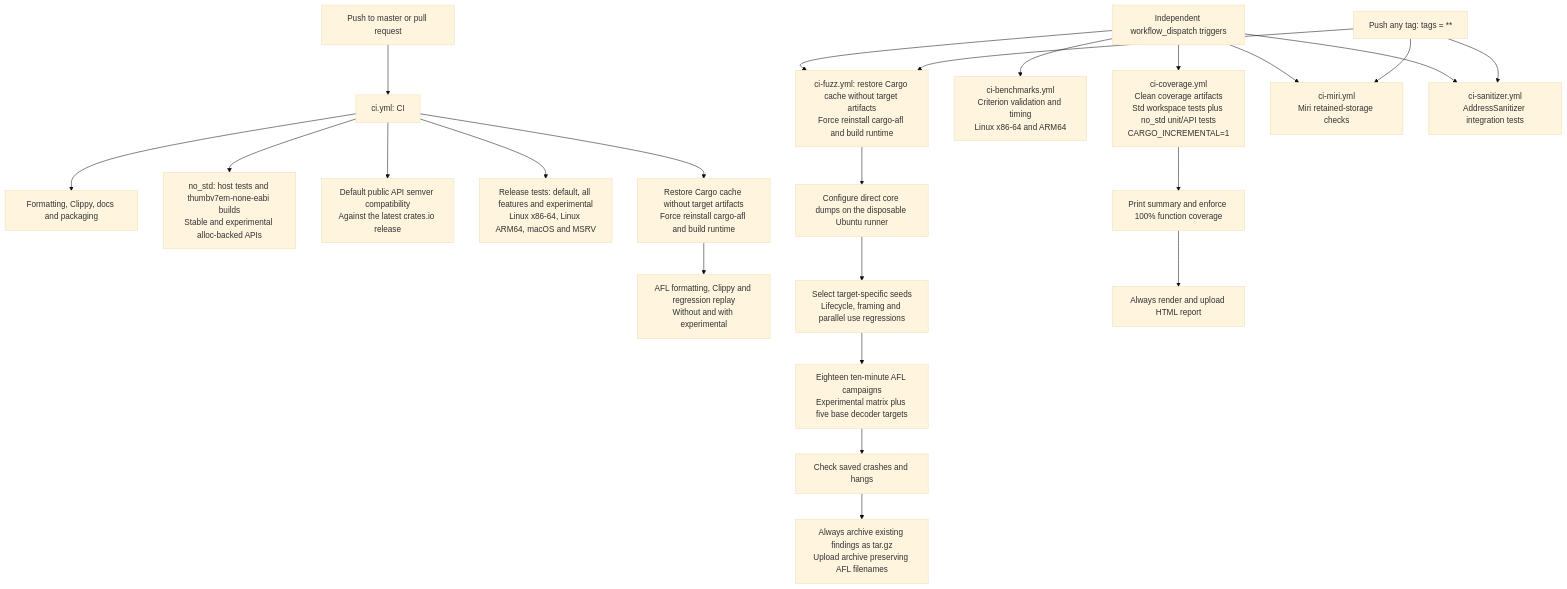
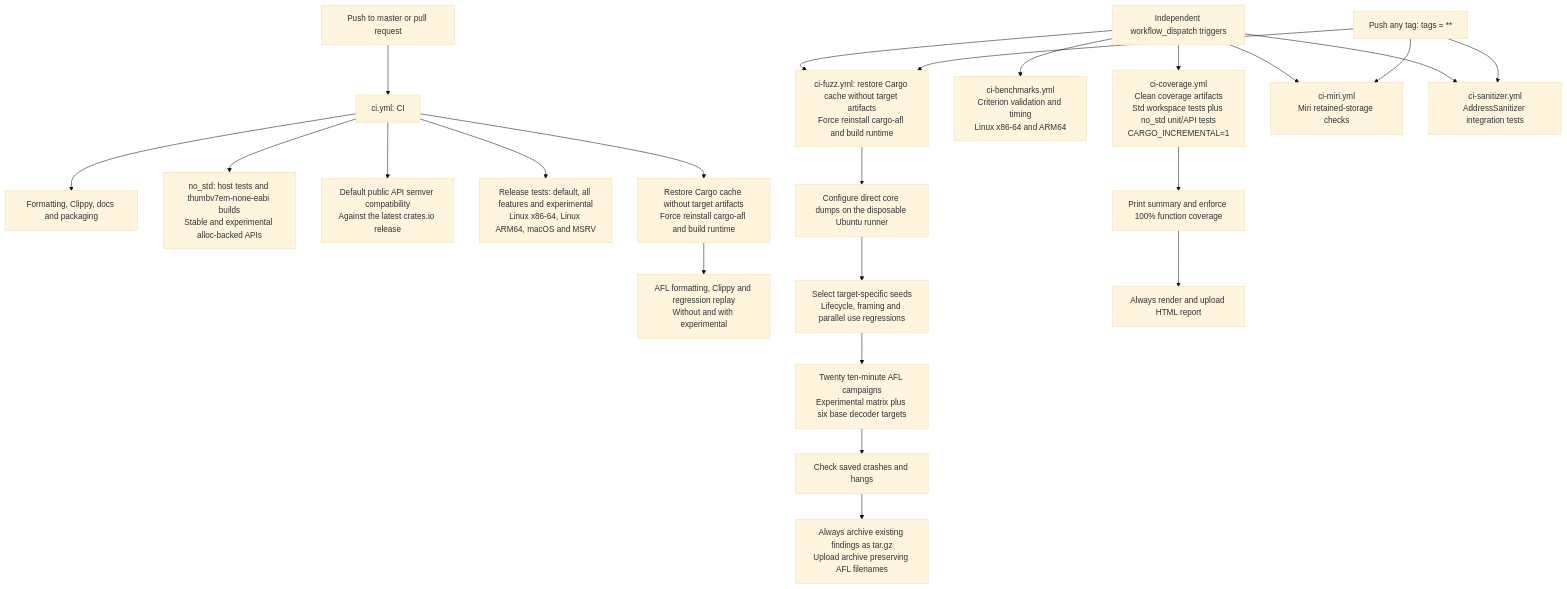
The first of 2 diagrams in architecture/ci.md (Mnwa/mbrotli), drawn with Mermaid (base theme) before and after one commit. The commit also changed other lines of this file and 20 other files, not shown here.

````diff
--- a/architecture/ci.md
+++ b/architecture/ci.md
@@ -16,25 +16,25 @@
 ```mermaid
 flowchart TD
     automatic["Push to master or pull request"] --> fast["ci.yml: CI"]
     fast --> check["Formatting, Clippy, docs and packaging"]
     fast --> nostd["no_std: host tests and thumbv7em-none-eabi builds<br/>Stable and experimental alloc-backed APIs"]
     fast --> semver["Default public API semver compatibility<br/>Against the latest crates.io release"]
     fast --> tests["Release tests: default, all features and experimental<br/>Linux x86-64, Linux ARM64, macOS and MSRV"]
     fast --> replaySetup["Restore Cargo cache without target artifacts<br/>Force reinstall cargo-afl and build runtime"]
     replaySetup --> replay["AFL formatting, Clippy and regression replay<br/>Without and with experimental"]
     manual["Independent workflow_dispatch triggers"] --> fuzzSetup["ci-fuzz.yml: restore Cargo cache without target artifacts<br/>Force reinstall cargo-afl and build runtime"]
     fuzzSetup --> crashSetup["Configure direct core dumps on the disposable Ubuntu runner"]
     crashSetup --> seeds["Select target-specific seeds<br/>Lifecycle, framing and parallel use regressions"]
-    seeds --> fuzz["Eighteen ten-minute AFL campaigns<br/>Experimental matrix plus five base decoder targets"]
+    seeds --> fuzz["Twenty ten-minute AFL campaigns<br/>Experimental matrix plus six base decoder targets"]
     fuzz --> findings["Check saved crashes and hangs"]
     findings --> archive["Always archive existing findings as tar.gz<br/>Upload archive preserving AFL filenames"]
     manual --> bench["ci-benchmarks.yml<br/>Criterion validation and timing<br/>Linux x86-64 and ARM64"]
     manual --> coverage["ci-coverage.yml<br/>Clean coverage artifacts<br/>Std workspace tests plus no_std unit/API tests<br/>CARGO_INCREMENTAL=1"]
     coverage --> coverageGate["Print summary and enforce 100% function coverage"]
     coverageGate --> coverageReport["Always render and upload HTML report"]
     manual --> miri["ci-miri.yml<br/>Miri retained-storage checks"]
     manual --> asan["ci-sanitizer.yml<br/>AddressSanitizer integration tests"]
     tags["Push any tag: tags = **"] --> fuzzSetup
     tags --> miri
     tags --> asan
 ```
````
